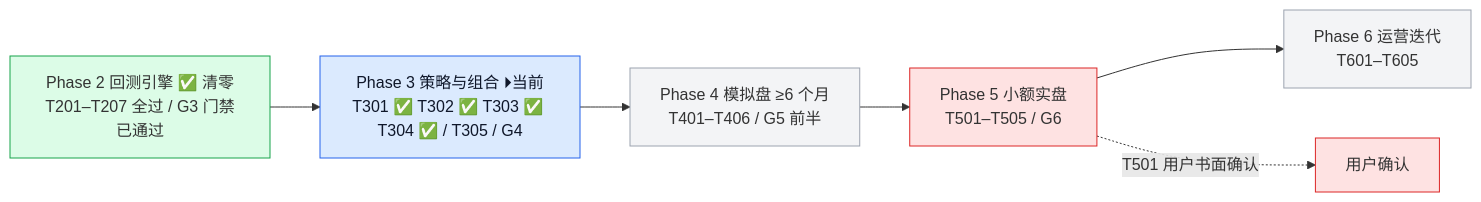
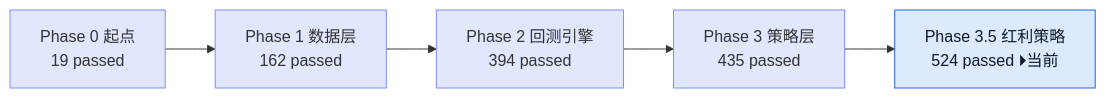
The fifth of 6 diagrams in docs/project_status_flowchart.md (YZml1507/FinAI2.0), drawn with Mermaid before and after one commit. The commit also changed other lines of this file and 3 other files, not shown here.

Commit message:
docs: Phase 3.5 状态标记 — CLAUDE.md G4.5 门禁通过 + 流程图同步（T309-T313 全清零 / 524 测试基线 / Phase 4 解锁待 T312）

````diff
--- a/docs/project_status_flowchart.md
+++ b/docs/project_status_flowchart.md
@@ -76,14 +84,12 @@
 ```mermaid
 flowchart LR
-  P2[Phase 2 回测引擎 ✅ 清零<br/>T201–T207 全过 / G3 门禁已通过] --> P3[Phase 3 策略与组合 ⏵当前<br/>T301 ✅ T302 ✅ T303 ✅ T304 ✅ / T305 / G4]
-  P3 --> P4[Phase 4 模拟盘 ≥6 个月<br/>T401–T406 / G5 前半]
-  P4 --> P5[Phase 5 小额实盘<br/>T501–T505 / G6]
-  P5 --> P6[Phase 6 运营迭代<br/>T601–T605]
-  P5 -.->|T501 用户书面确认| USER[用户确认]
-  style P2 fill:#dcfce7,stroke:#16a34a
-  style P3 fill:#dbeafe,stroke:#2563eb,color:#0f172a
-  style P4 fill:#f3f4f6,stroke:#9ca3af
-  style P5 fill:#fee2e2,stroke:#dc2626
-  style P6 fill:#f3f4f6,stroke:#9ca3af
-  style USER fill:#fee2e2,stroke:#dc2626
+  B0[Phase 0 起点<br/>19 passed] --> B1[Phase 1 数据层<br/>162 passed]
+  B1 --> B2[Phase 2 回测引擎<br/>394 passed]
+  B2 --> B3[Phase 3 策略层<br/>435 passed]
+  B3 --> B35[Phase 3.5 红利策略<br/>524 passed ⏵当前]
+  style B0 fill:#e0e7ff,stroke:#818cf8
+  style B1 fill:#e0e7ff,stroke:#818cf8
+  style B2 fill:#e0e7ff,stroke:#818cf8
+  style B3 fill:#e0e7ff,stroke:#818cf8
+  style B35 fill:#dbeafe,stroke:#2563eb,color:#0f172a
 ```
````
